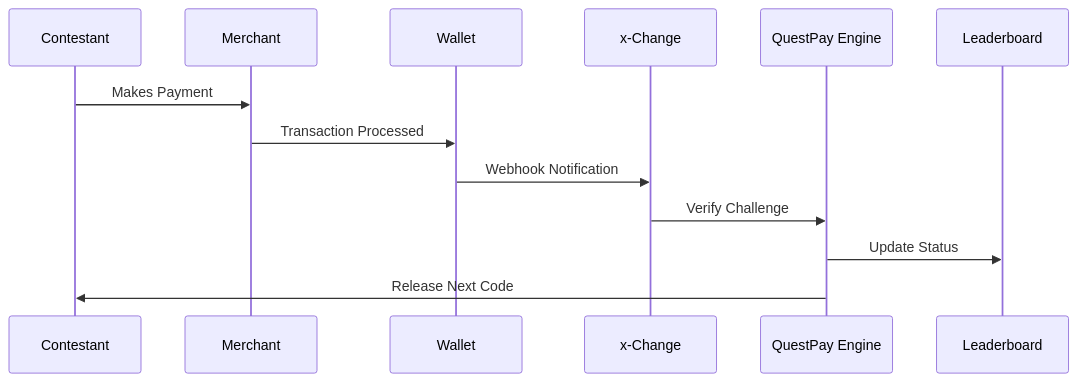
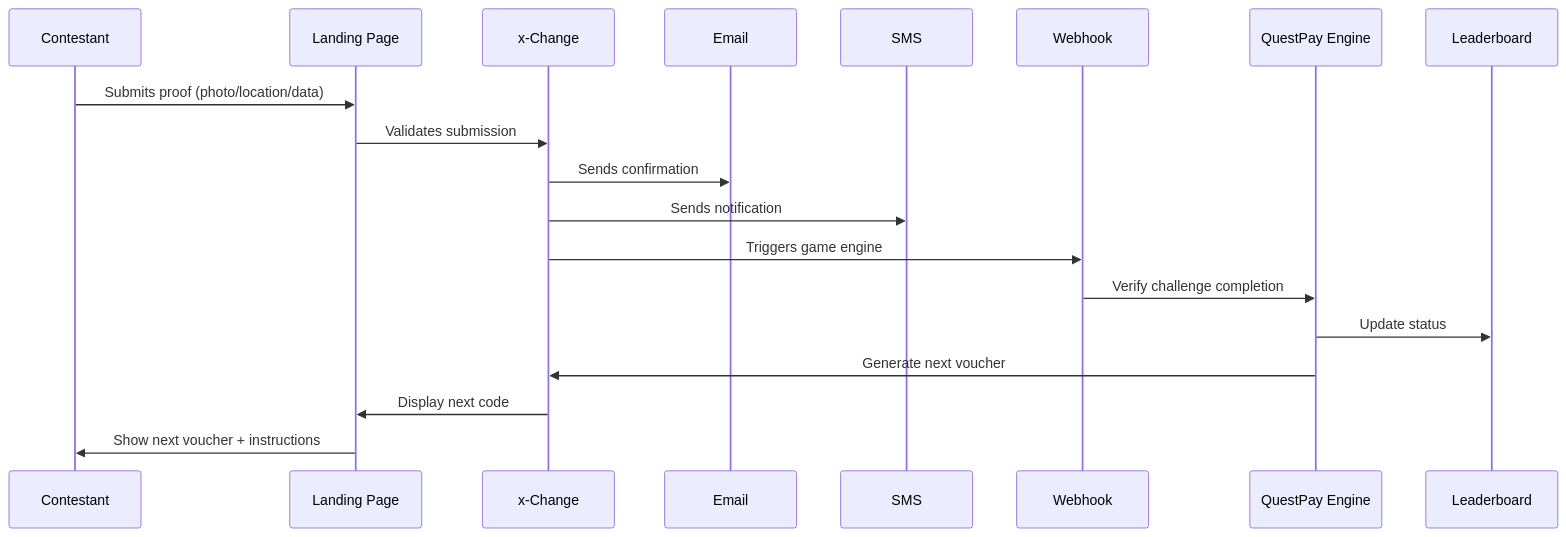
One commit to 3neti/questpay-docs changed the diagram in docs/mechanics.md. Above: the diagram before and after it, drawn with Mermaid. The commit also changed other lines of this file and 4 other files, not shown here.

````diff
--- a/docs/mechanics.md
+++ b/docs/mechanics.md
@@ -64,9 +72,13 @@
 ```mermaid
 sequenceDiagram
-    Contestant->>Merchant: Makes Payment
-    Merchant->>Wallet: Transaction Processed
-    Wallet->>x-Change: Webhook Notification
-    x-Change->>QuestPay Engine: Verify Challenge
-    QuestPay Engine->>Leaderboard: Update Status
-    QuestPay Engine->>Contestant: Release Next Code
+    Contestant->>Landing Page: Submits proof (photo/location/data)
+    Landing Page->>x-Change: Validates submission
+    x-Change->>Email: Sends confirmation
+    x-Change->>SMS: Sends notification
+    x-Change->>Webhook: Triggers game engine
+    Webhook->>QuestPay Engine: Verify challenge completion
+    QuestPay Engine->>Leaderboard: Update status
+    QuestPay Engine->>x-Change: Generate next voucher
+    x-Change->>Landing Page: Display next code
+    Landing Page->>Contestant: Show next voucher + instructions
 ```
````
